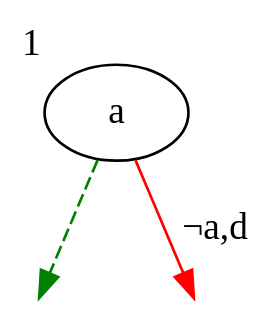
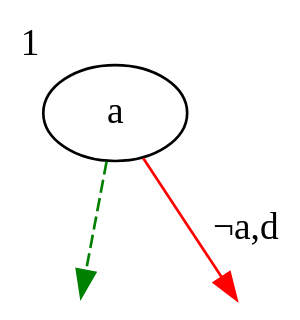
The diagram in sat-solvers/images/tree1x1.dot (vaibhavsagar/presentations), drawn with Graphviz before and after one commit. The commit also changed 12 other files, not shown here.

Commit message:
sat-solvers: selectively hide graphviz output for consistent images

```diff
--- a/sat-solvers/images/tree1x1.dot
+++ b/sat-solvers/images/tree1x1.dot
@@ -1,11 +1,24 @@
 digraph {
     at [style="invisible"]
+    cf [style="invisible"]
+    bt [style="invisible"]
     a  [xlabel="1"]
-    c  [style="invisible"]
+    c  [xlabel="2",style="invisible"]
+    b  [xlabel="3",style="invisible"]
+    e  [xlabel="4",style="invisible"]
+    x   [shape="box",label="",color="blue",style="invisible"]
     ef [label="label",style="invisible"]
     a -> at [color="green",style="dashed"]
     a -> c  [color="red",label="¬a,d"]
+    c -> b  [color="green",label="c,¬f,j",style="invisible",arrowhead="none"]
+    c -> cf [color="red",style="dashed",style="invisible",arrowhead="none"]
+    b -> cf [style="invisible",arrowhead="none"]
+    b -> e  [color="red",label="¬b,i",style="invisible",arrowhead="none"]
+    b -> bt [color="green",style="dashed",style="invisible",arrowhead="none"]
+    e -> x   [color="green",label="e,g",style="invisible",arrowhead="none"]
+    e -> ef [color="red",style="dashed",style="invisible",arrowhead="none"]
+    {rank=same; cf b}
     overlap=false
     splines=true
     bgcolor=transparent
 }
```
